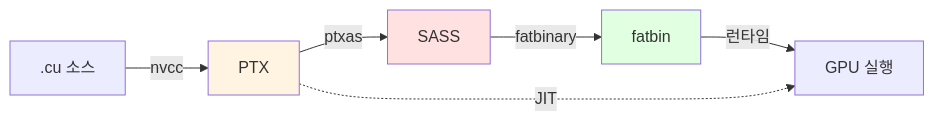
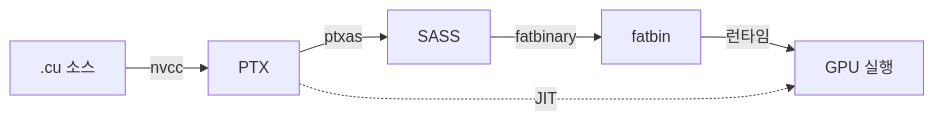
Before and after one commit to juwon8891/juwon8891.github.io: the fourth of 4 diagrams in docs/cuda/nvidia-cuda-architecture.md, drawn with Mermaid. The commit also changed other lines of this file and 18 other files, not shown here.

Commit message:
Remove bright colors from Mermaid diagrams for dark mode compatibility

````diff
--- a/docs/cuda/nvidia-cuda-architecture.md
+++ b/docs/cuda/nvidia-cuda-architecture.md
@@ -607,13 +598,10 @@
 ```mermaid
 graph LR
     A[.cu 소스] -->|nvcc| B[PTX]
     B -->|ptxas| C[SASS]
     C -->|fatbinary| D[fatbin]
     D -->|런타임| E[GPU 실행]
 
     B -.->|JIT| E
 
-    style B fill:#fff4e1
-    style C fill:#ffe1e1
-    style D fill:#e1ffe1
 ```
````
